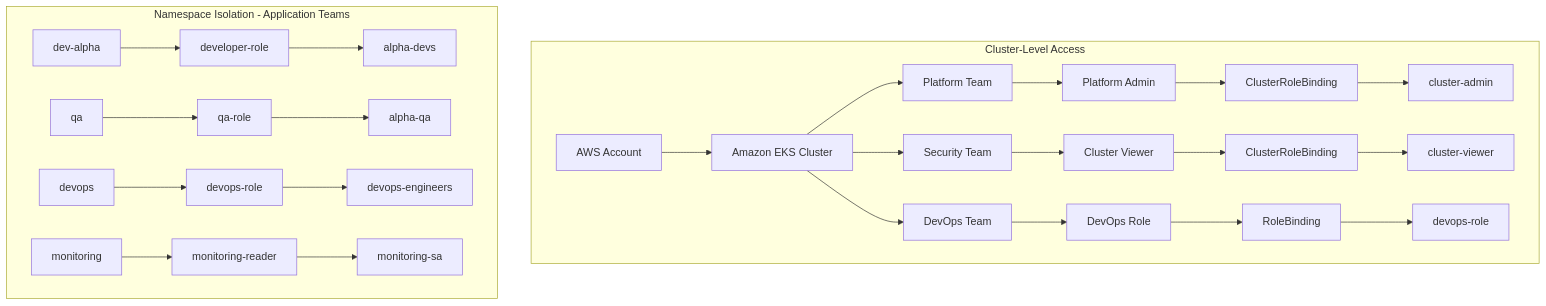
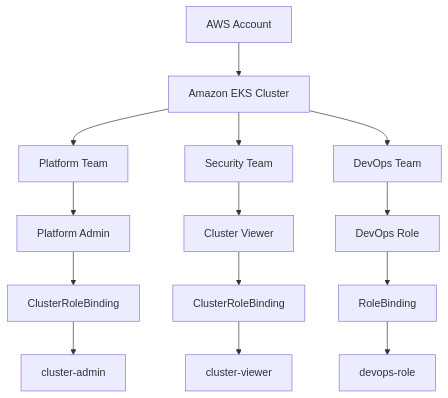
One commit to kornurabindranath-ctrl/Devops changed the first of 5 diagrams in 14.md. Above: the diagram before and after it, drawn with Mermaid. The commit also changed other lines of this file, not shown here.

````diff
--- a/14.md
+++ b/14.md
@@ -26,19 +28,21 @@
 ```mermaid
 flowchart TD
-    subgraph CL["Cluster-Level Access"]
-        AWS["AWS Account"] --> EKS["Amazon EKS Cluster"]
-        EKS --> PT["Platform Team"]
-        EKS --> ST["Security Team"]
-        EKS --> DT["DevOps Team"]
-        PT --> PA["Platform Admin"] --> PCRB["ClusterRoleBinding"] --> PCR["cluster-admin"]
-        ST --> SV["Cluster Viewer"] --> SCRB["ClusterRoleBinding"] --> SCR["cluster-viewer"]
-        DT --> DR["DevOps Role"] --> DRB["RoleBinding"] --> DCR["devops-role"]
-    end
 
-    subgraph NS["Namespace Isolation - Application Teams"]
-        DA["dev-alpha"] --> DAR["developer-role"] --> DAB["alpha-devs"]
-        QA["qa"] --> QAR["qa-role"] --> QAB["alpha-qa"]
-        DO["devops"] --> DOR["devops-role"] --> DOB["devops-engineers"]
-        MO["monitoring"] --> MOR["monitoring-reader"] --> MOB["monitoring-sa"]
-    end
+    AWS["AWS Account"] --> EKS["Amazon EKS Cluster"]
+
+    EKS --> PT["Platform Team"]
+    EKS --> ST["Security Team"]
+    EKS --> DT["DevOps Team"]
+
+    PT --> PA["Platform Admin"]
+    PA --> PCRB["ClusterRoleBinding"]
+    PCRB --> PCR["cluster-admin"]
+
+    ST --> SV["Cluster Viewer"]
+    SV --> SCRB["ClusterRoleBinding"]
+    SCRB --> SCR["cluster-viewer"]
+
+    DT --> DR["DevOps Role"]
+    DR --> DRB["RoleBinding"]
+    DRB --> DCR["devops-role"]
 ```
````
